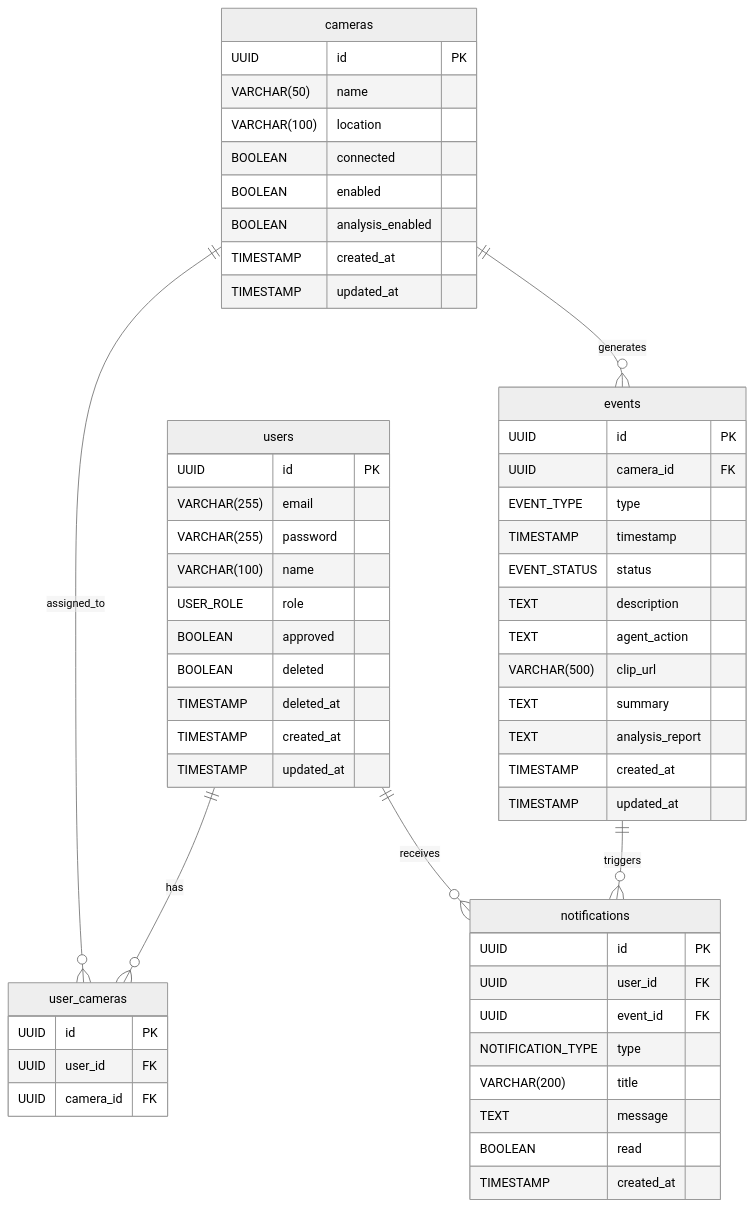
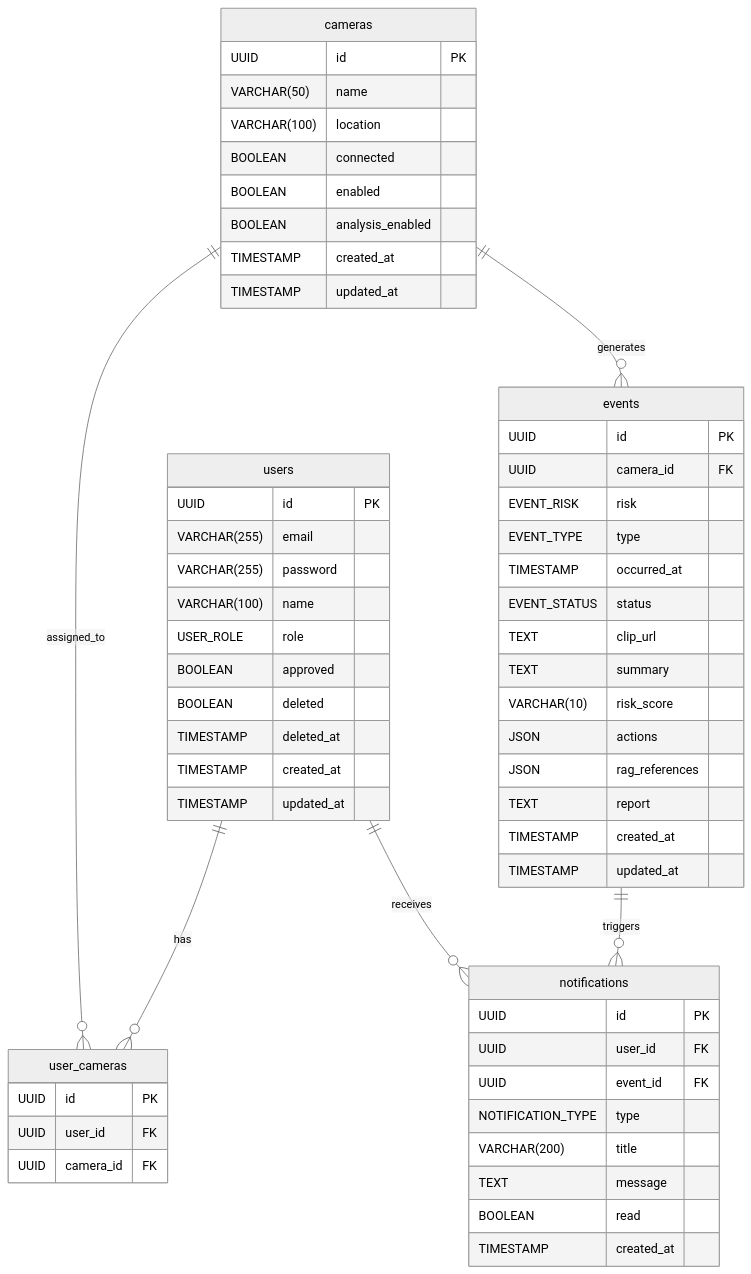
One commit to AIX-01/aegis-frontend changed the diagram in docs/DATA-MODEL.md. Above: the diagram before and after it, drawn with Mermaid (neutral theme). The commit also changed other lines of this file and 1 other file, not shown here.

````diff
--- a/docs/DATA-MODEL.md
+++ b/docs/DATA-MODEL.md
@@ -9,64 +9,66 @@
 ```mermaid
 erDiagram
     users {
         UUID id PK
         VARCHAR(255) email
         VARCHAR(255) password
         VARCHAR(100) name
         USER_ROLE role
         BOOLEAN approved
         BOOLEAN deleted
         TIMESTAMP deleted_at
         TIMESTAMP created_at
         TIMESTAMP updated_at
     }
 
     cameras {
         UUID id PK
         VARCHAR(50) name
         VARCHAR(100) location
         BOOLEAN connected
         BOOLEAN enabled
         BOOLEAN analysis_enabled
         TIMESTAMP created_at
         TIMESTAMP updated_at
     }
 
     user_cameras {
         UUID id PK
         UUID user_id FK
         UUID camera_id FK
     }
 
     events {
         UUID id PK
         UUID camera_id FK
+        EVENT_RISK risk
         EVENT_TYPE type
-        TIMESTAMP timestamp
+        TIMESTAMP occurred_at
         EVENT_STATUS status
-        TEXT description
-        TEXT agent_action
-        VARCHAR(500) clip_url
+        TEXT clip_url
         TEXT summary
-        TEXT analysis_report
+        VARCHAR(10) risk_score
+        JSON actions
+        JSON rag_references
+        TEXT report
         TIMESTAMP created_at
         TIMESTAMP updated_at
     }
 
     notifications {
         UUID id PK
         UUID user_id FK
         UUID event_id FK
         NOTIFICATION_TYPE type
         VARCHAR(200) title
         TEXT message
         BOOLEAN read
         TIMESTAMP created_at
     }
 
     users ||--o{ user_cameras : has
     cameras ||--o{ user_cameras : assigned_to
     cameras ||--o{ events : generates
     events ||--o{ notifications : triggers
     users ||--o{ notifications : receives
 ```
````
